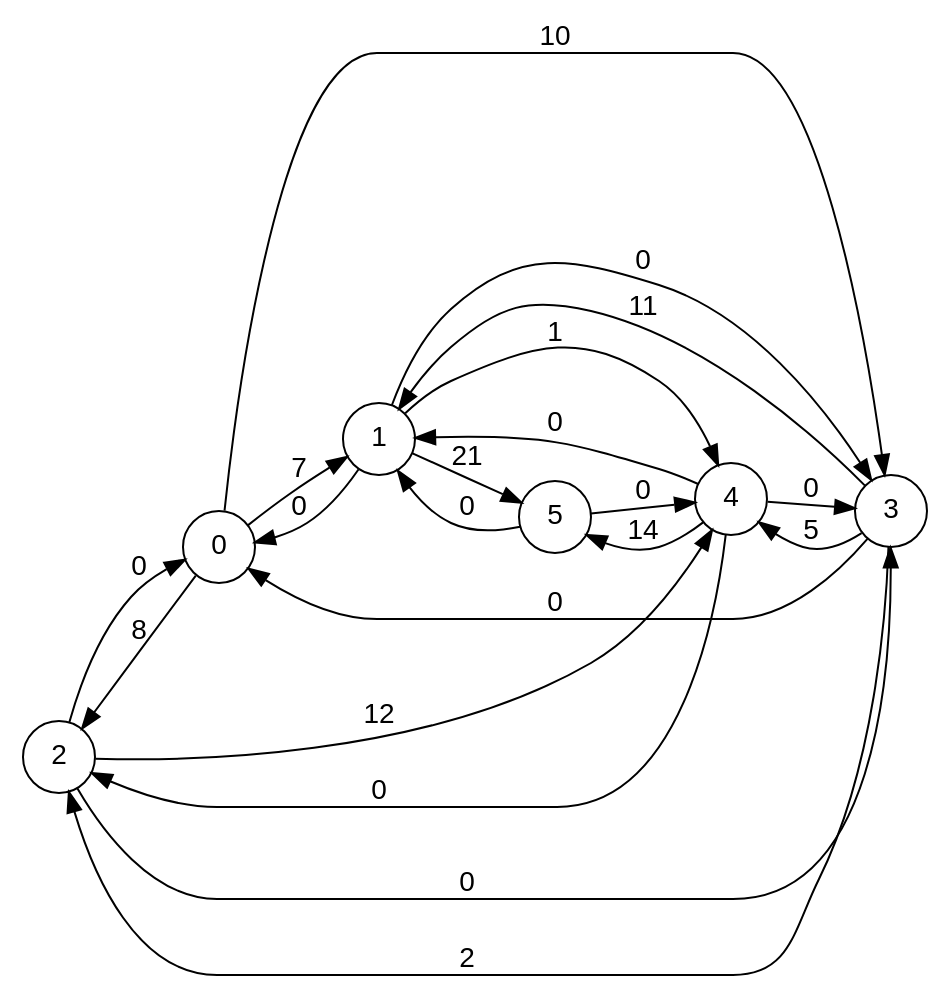
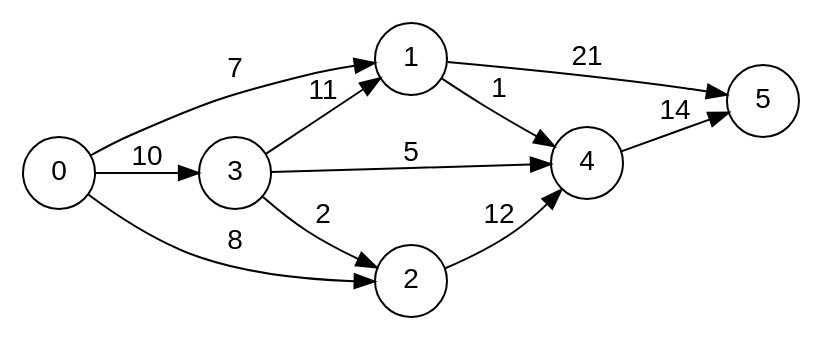
One commit to st4rhub/ProgFonct changed the diagram in outfile.dot. Above: the diagram before and after it, drawn with Graphviz. The commit also changed 5 other files, not shown here.

Commit message:
fixing updateGraph, flow of graph is calculated in fordfulkerson with minEcart, taking out init graph/opposite arc simplifying fordfulkerson

```diff
--- a/outfile.dot
+++ b/outfile.dot
@@ -1,53 +1,33 @@
 digraph finite_state_machine { 
 
   fontname="Helvetica,Arial,sans-serif" 
 
   node [fontname="Helvetica,Arial,sans-serif"] 
 
   edge [fontname="Helvetica,Arial,sans-serif"] 
 
   rankdir=LR 
 ;
   node [shape = circle]; 
 
- 2 -> 0 [label = "0"]
+ 4 -> 5 [label = "14"]
 
- 2 -> 3 [label = "0"]
+ 1 -> 5 [label = "21"]
 
- 2 -> 4 [label = "12"]
-
- 3 -> 0 [label = "0"]
+ 1 -> 4 [label = "1"]
 
  3 -> 1 [label = "11"]
 
  3 -> 2 [label = "2"]
 
  3 -> 4 [label = "5"]
 
- 1 -> 0 [label = "0"]
-
- 1 -> 3 [label = "0"]
-
- 1 -> 5 [label = "21"]
-
- 1 -> 4 [label = "1"]
-
- 4 -> 2 [label = "0"]
-
- 4 -> 3 [label = "0"]
-
- 4 -> 1 [label = "0"]
-
- 4 -> 5 [label = "14"]
-
- 5 -> 1 [label = "0"]
-
- 5 -> 4 [label = "0"]
+ 2 -> 4 [label = "12"]
 
  0 -> 1 [label = "7"]
 
  0 -> 3 [label = "10"]
 
  0 -> 2 [label = "8"]
 
 }
```
